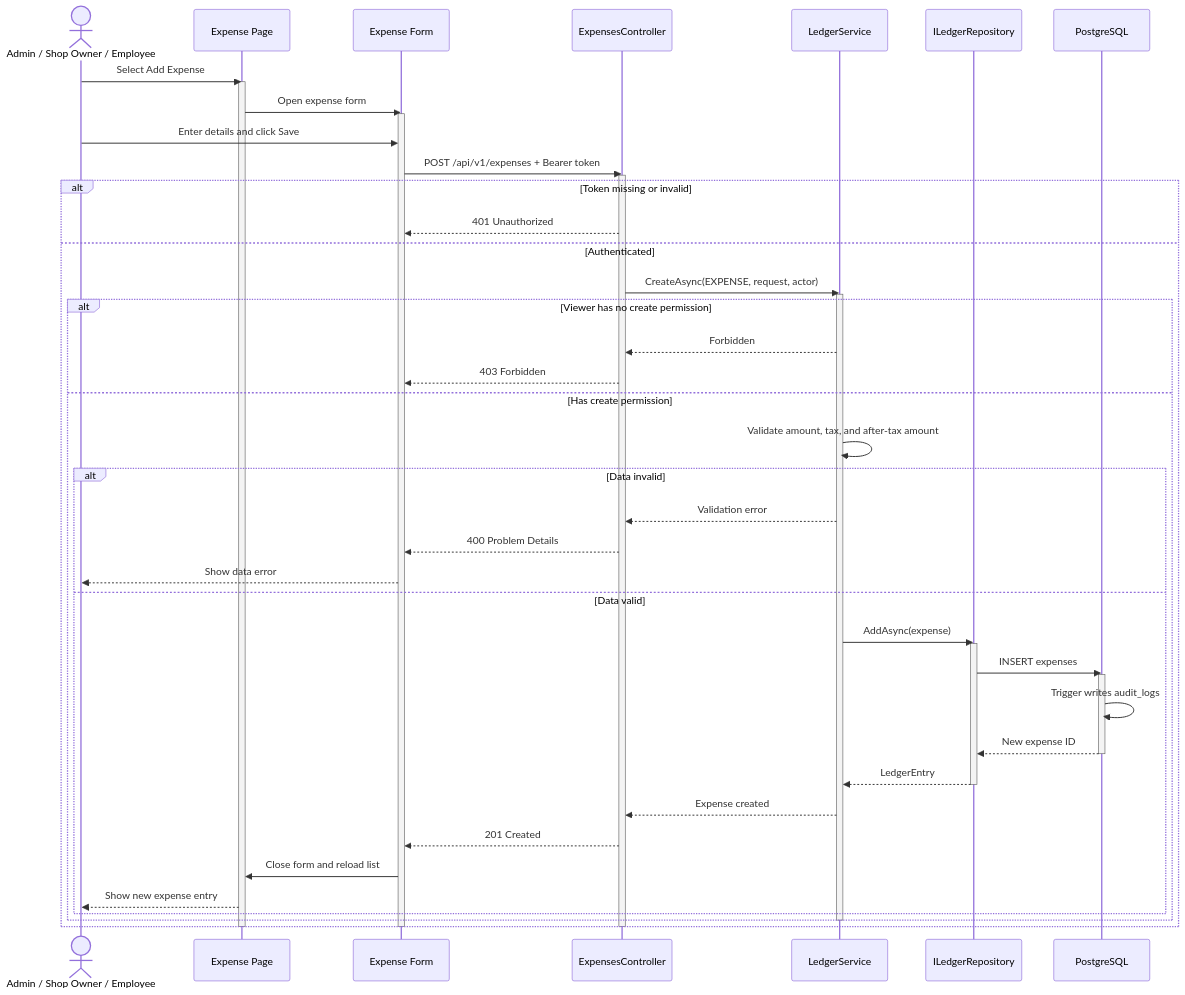
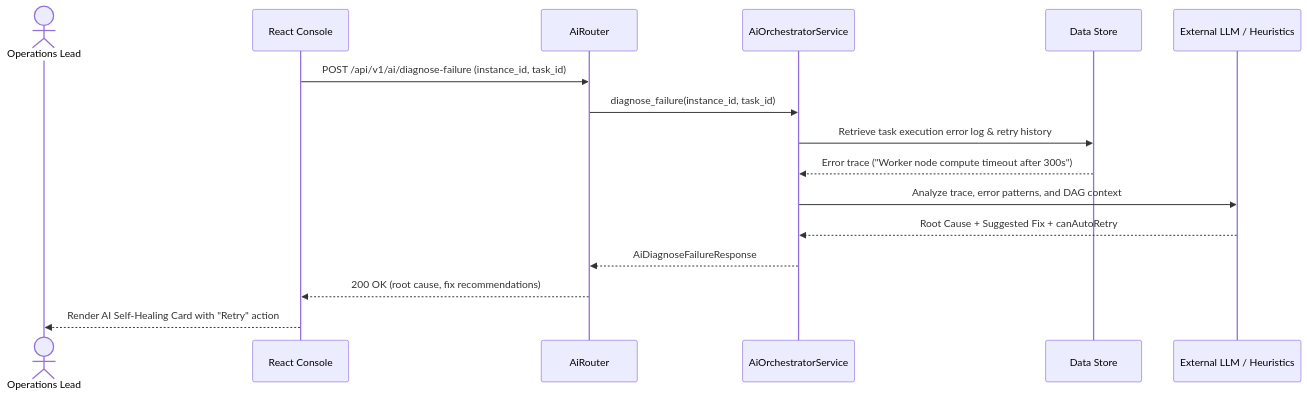
Before and after one commit to AnCoder1310/FlowForge: the fourth of 4 diagrams in docs/architecture/uml/02-sequence-diagrams.md, drawn with Mermaid. The commit also changed other lines of this file and 25 other files, not shown here.

Commit message:
feat: complete FlowForge DWOP OpenAPI 3.1, Arc42 architecture, and Developer Console branding

````diff
--- a/docs/architecture/uml/02-sequence-diagrams.md
+++ b/docs/architecture/uml/02-sequence-diagrams.md
@@ -220,54 +109,19 @@
 ```mermaid
 sequenceDiagram
-    actor User as Admin / Shop Owner / Employee
-    participant Page as Expense Page
-    participant Form as Expense Form
-    participant API as ExpensesController
-    participant Service as LedgerService
-    participant Repo as ILedgerRepository
-    participant DB as PostgreSQL
+    actor Op as Operations Lead
+    participant UI as React Console
+    participant API as AiRouter
+    participant AiSvc as AiOrchestratorService
+    participant Store as Data Store
+    participant LLM as External LLM / Heuristics
 
-    User->>Page: Select Add Expense
-    activate Page
-    Page->>Form: Open expense form
-    activate Form
-    User->>Form: Enter details and click Save
-    Form->>API: POST /api/v1/expenses + Bearer token
-    activate API
-
-    alt Token missing or invalid
-        API-->>Form: 401 Unauthorized
-    else Authenticated
-        API->>Service: CreateAsync(EXPENSE, request, actor)
-        activate Service
-        alt Viewer has no create permission
-            Service-->>API: Forbidden
-            API-->>Form: 403 Forbidden
-        else Has create permission
-            Service->>Service: Validate amount, tax, and after-tax amount
-            alt Data invalid
-                Service-->>API: Validation error
-                API-->>Form: 400 Problem Details
-                Form-->>User: Show data error
-            else Data valid
-                Service->>Repo: AddAsync(expense)
-                activate Repo
-                Repo->>DB: INSERT expenses
-                activate DB
-                DB->>DB: Trigger writes audit_logs
-                DB-->>Repo: New expense ID
-                deactivate DB
-                Repo-->>Service: LedgerEntry
-                deactivate Repo
-                Service-->>API: Expense created
-                API-->>Form: 201 Created
-                Form->>Page: Close form and reload list
-                Page-->>User: Show new expense entry
-            end
-        end
-        deactivate Service
-    end
-    deactivate API
-    deactivate Form
-    deactivate Page
+    UI->>API: POST /api/v1/ai/diagnose-failure (instance_id, task_id)
+    API->>AiSvc: diagnose_failure(instance_id, task_id)
+    AiSvc->>Store: Retrieve task execution error log & retry history
+    Store-->>AiSvc: Error trace ("Worker node compute timeout after 300s")
+    AiSvc->>LLM: Analyze trace, error patterns, and DAG context
+    LLM-->>AiSvc: Root Cause + Suggested Fix + canAutoRetry
+    AiSvc-->>API: AiDiagnoseFailureResponse
+    API-->>UI: 200 OK (root cause, fix recommendations)
+    UI-->>Op: Render AI Self-Healing Card with "Retry" action
 ```
````
